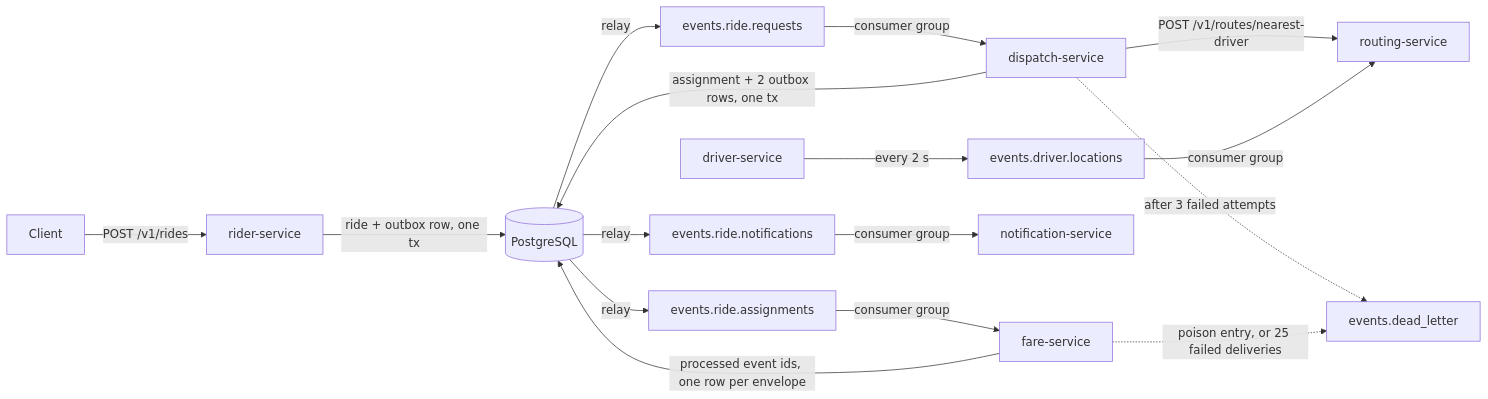
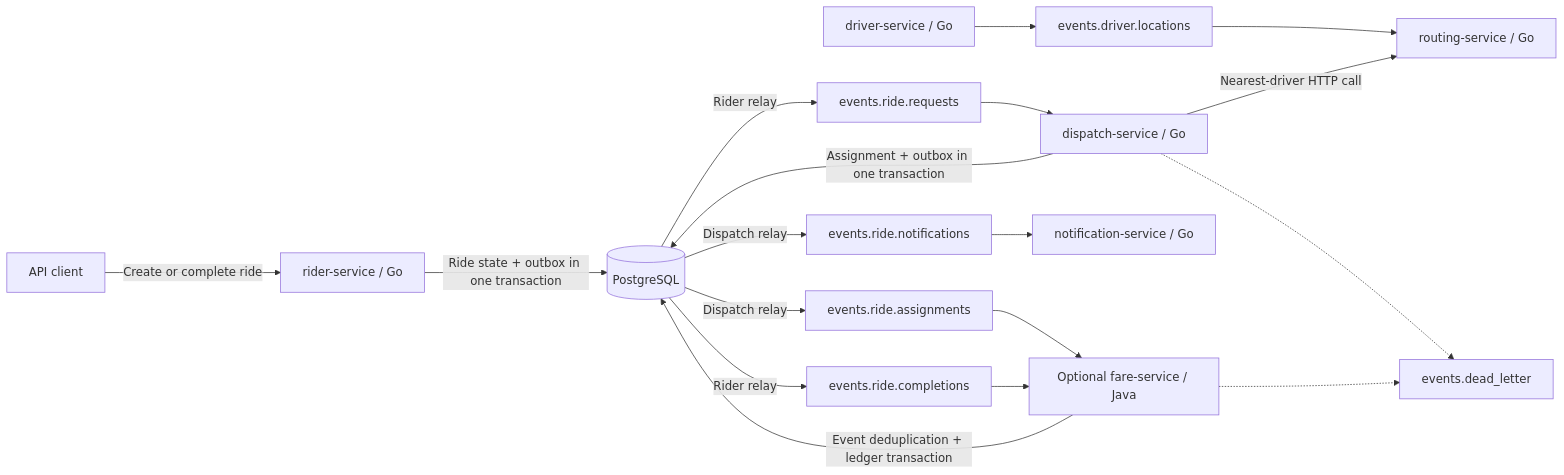
The diagram in README.md (96528025/MetroRide), drawn with Mermaid before and after one commit. The commit also changed other lines of this file, not shown here.

````diff
--- a/README.md
+++ b/README.md
@@ -22,18 +67,20 @@
 ```mermaid
 flowchart LR
-    Client -->|POST /v1/rides| Rider[rider-service]
-    Rider -->|ride + outbox row, one tx| DB[(PostgreSQL)]
-    DB -->|relay| RQ[events.ride.requests]
-    RQ -->|consumer group| Dispatch[dispatch-service]
-    Dispatch -->|POST /v1/routes/nearest-driver| Routing[routing-service]
-    Driver[driver-service] -->|every 2 s| DL[events.driver.locations]
-    DL -->|consumer group| Routing
-    Dispatch -->|assignment + 2 outbox rows, one tx| DB
-    DB -->|relay| RA[events.ride.assignments]
-    DB -->|relay| RN[events.ride.notifications]
-    RN -->|consumer group| Notify[notification-service]
-    Dispatch -.->|after 3 failed attempts| DLQ[events.dead_letter]
-    RA -->|consumer group| Fare[fare-service]
-    Fare -->|processed event ids, one row per envelope| DB
-    Fare -.->|poison entry, or 25 failed deliveries| DLQ
+    C[API client] -->|Create or complete ride| Rider[rider-service / Go]
+    Rider -->|Ride state + outbox in one transaction| DB[(PostgreSQL)]
+    DB -->|Rider relay| Requests[events.ride.requests]
+    Requests --> Dispatch[dispatch-service / Go]
+    Driver[driver-service / Go] --> Locations[events.driver.locations]
+    Locations --> Routing[routing-service / Go]
+    Dispatch -->|Nearest-driver HTTP call| Routing
+    Dispatch -->|Assignment + outbox in one transaction| DB
+    DB -->|Dispatch relay| Assignments[events.ride.assignments]
+    DB -->|Dispatch relay| Notifications[events.ride.notifications]
+    Notifications --> Notify[notification-service / Go]
+    DB -->|Rider relay| Completions[events.ride.completions]
+    Assignments --> Fare[Optional fare-service / Java]
+    Completions --> Fare
+    Fare -->|Event deduplication + ledger transaction| DB
+    Dispatch -.-> DLQ[events.dead_letter]
+    Fare -.-> DLQ
 ```
````
